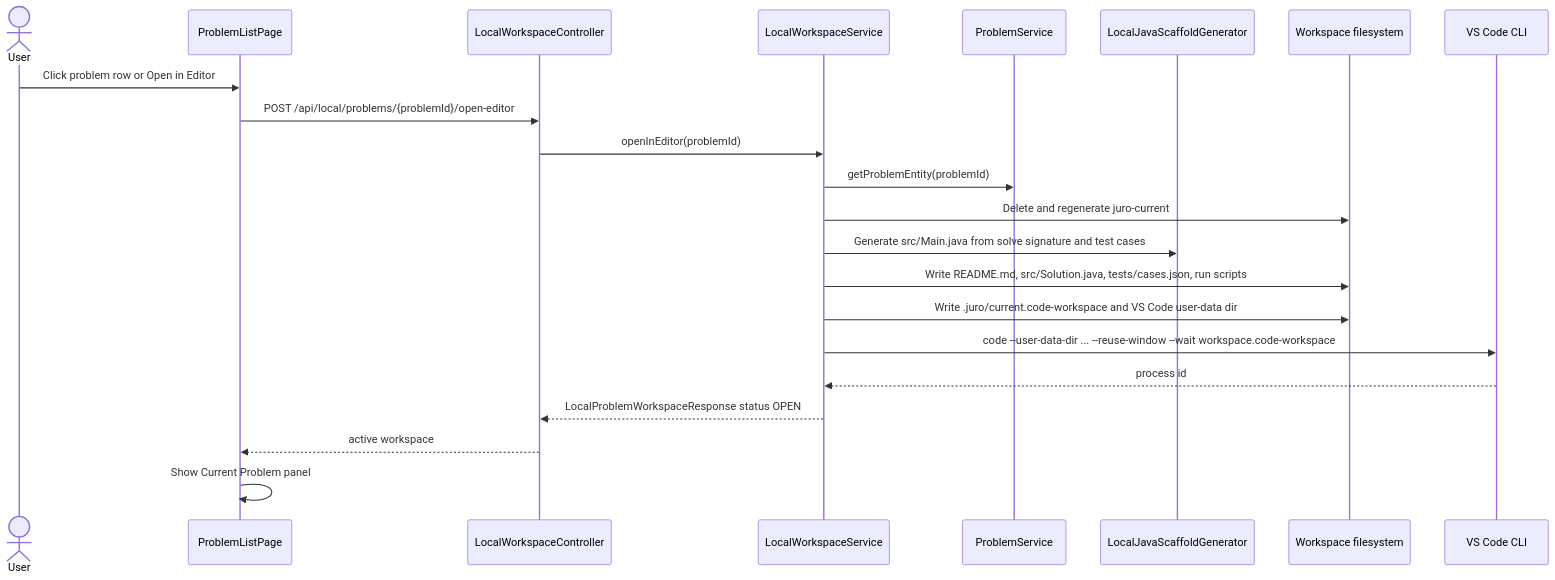
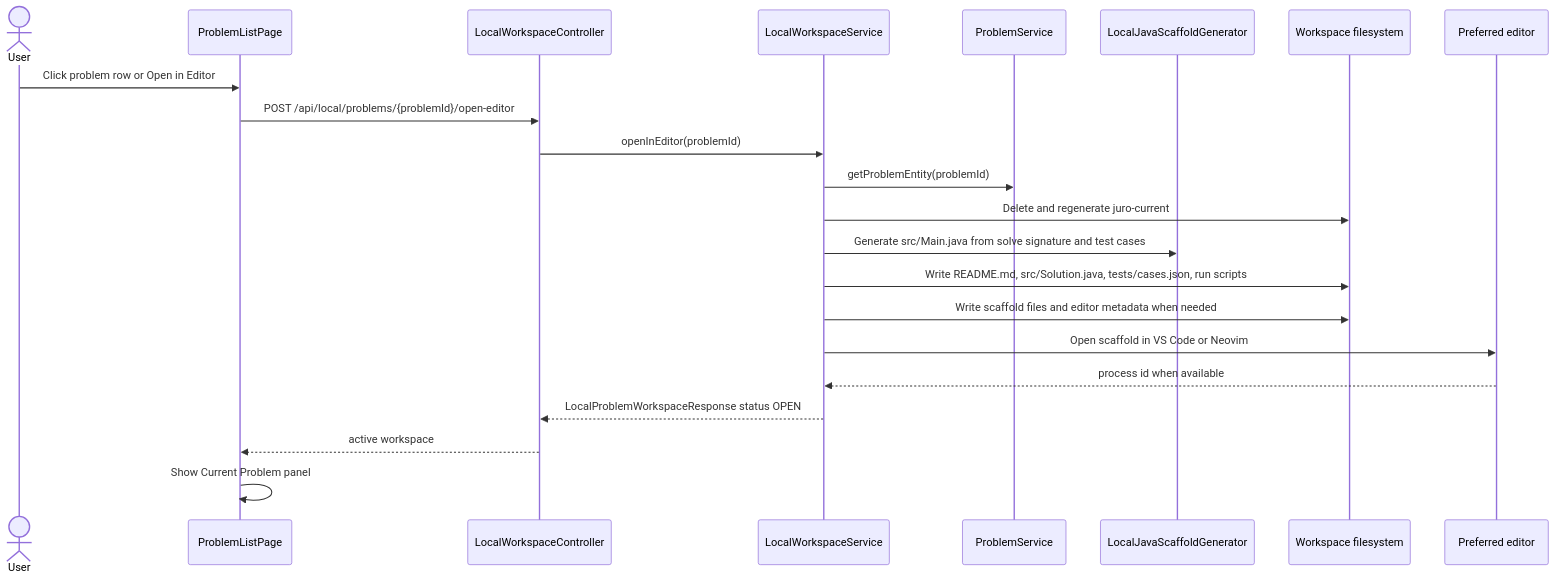
One commit to JuanVillegas95/JURO changed the tenth of 15 diagrams in docs/architecture-diagrams.md. Above: the diagram before and after it, drawn with Mermaid. The commit also changed other lines of this file and 35 other files, not shown here.

````diff
--- a/docs/architecture-diagrams.md
+++ b/docs/architecture-diagrams.md
@@ -583,25 +583,25 @@
 ```mermaid
 sequenceDiagram
   actor User
   participant UI as ProblemListPage
   participant API as LocalWorkspaceController
   participant WS as LocalWorkspaceService
   participant Problem as ProblemService
   participant Gen as LocalJavaScaffoldGenerator
   participant FS as Workspace filesystem
-  participant Code as VS Code CLI
+  participant Editor as Preferred editor
 
   User->>UI: Click problem row or Open in Editor
   UI->>API: POST /api/local/problems/{problemId}/open-editor
   API->>WS: openInEditor(problemId)
   WS->>Problem: getProblemEntity(problemId)
   WS->>FS: Delete and regenerate juro-current
   WS->>Gen: Generate src/Main.java from solve signature and test cases
   WS->>FS: Write README.md, src/Solution.java, tests/cases.json, run scripts
-  WS->>FS: Write .juro/current.code-workspace and VS Code user-data dir
-  WS->>Code: code --user-data-dir ... --reuse-window --wait workspace.code-workspace
-  Code-->>WS: process id
+  WS->>FS: Write scaffold files and editor metadata when needed
+  WS->>Editor: Open scaffold in VS Code or Neovim
+  Editor-->>WS: process id when available
   WS-->>API: LocalProblemWorkspaceResponse status OPEN
   API-->>UI: active workspace
   UI->>UI: Show Current Problem panel
 ```
````
